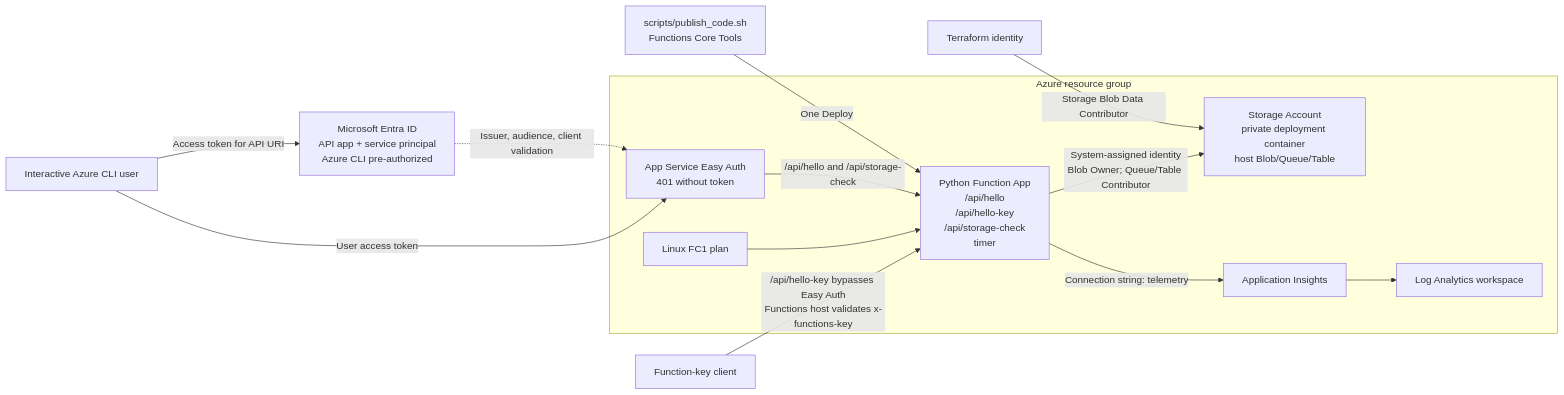
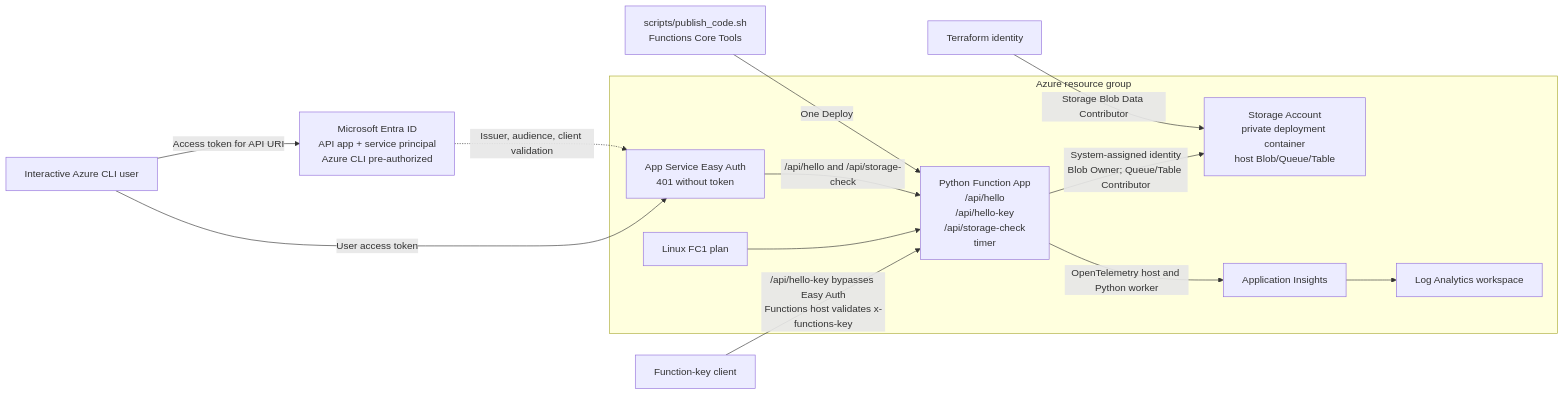
The diagram in infra/scenarios/azure_functions_flex_consumption/README.md (ks6088ts/template-terraform), drawn with Mermaid before and after one commit. The commit also changed other lines of this file and 11 other files, not shown here.

First line of the commit message:
Enhance Azure Functions Flex Consumption scenario with OpenTelemetry support

````diff
--- a/infra/scenarios/azure_functions_flex_consumption/README.md
+++ b/infra/scenarios/azure_functions_flex_consumption/README.md
@@ -11,17 +11,17 @@
 ```mermaid
 flowchart LR
   User["Interactive Azure CLI user"] -->|Access token for API URI| Entra["Microsoft Entra ID<br/>API app + service principal<br/>Azure CLI pre-authorized"]
   User -->|User access token| Auth
   Entra -.->|Issuer, audience, client validation| Auth
   Key["Function-key client"] -->|/api/hello-key bypasses Easy Auth<br/>Functions host validates x-functions-key| App
   subgraph RG["Azure resource group"]
     Auth["App Service Easy Auth<br/>401 without token"]
     Plan["Linux FC1 plan"] --> App["Python Function App<br/>/api/hello<br/>/api/hello-key<br/>/api/storage-check<br/>timer"]
     Auth -->|/api/hello and /api/storage-check| App
     App -->|System-assigned identity<br/>Blob Owner; Queue/Table Contributor| Storage["Storage Account<br/>private deployment container<br/>host Blob/Queue/Table"]
-    App -->|Connection string: telemetry| AI["Application Insights"]
+    App -->|OpenTelemetry host and Python worker| AI["Application Insights"]
     AI --> LA["Log Analytics workspace"]
   end
   Operator["Terraform identity"] -->|Storage Blob Data Contributor| Storage
   Publisher["scripts/publish_code.sh<br/>Functions Core Tools"] -->|One Deploy| App
 ```
````
